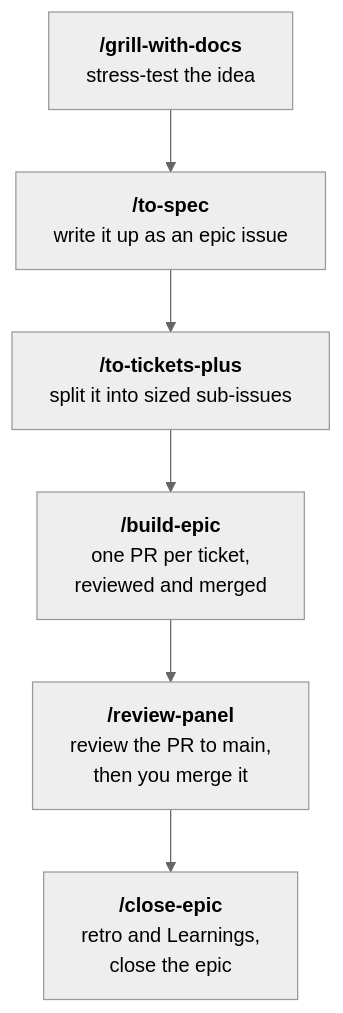
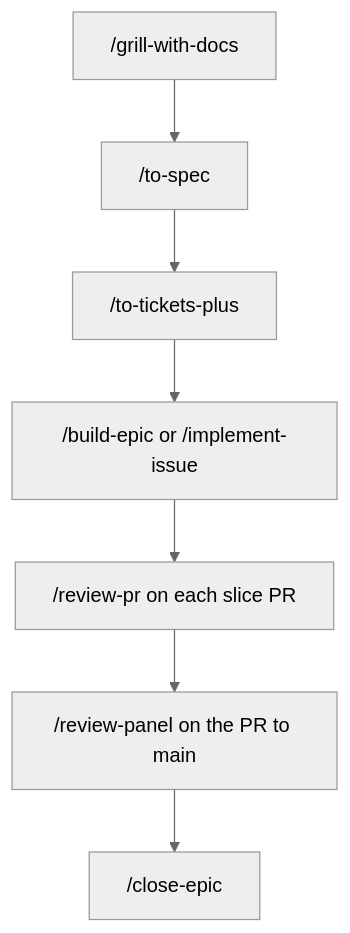
The diagram in README.md (syn54x/skills), drawn with Mermaid (neutral theme) before and after one commit. The commit also changed other lines of this file, not shown here.

````diff
--- a/README.md
+++ b/README.md
@@ -86,20 +76,9 @@
 ```mermaid
 flowchart TD
-    grill["`**/grill-with-docs**
-stress-test the idea`"]
-    spec["`**/to-spec**
-write it up as an epic issue`"]
-    tickets["`**/to-tickets-plus**
-split it into sized sub-issues`"]
-    build["`**/build-epic**
-one PR per ticket,
-reviewed and merged`"]
-    ship["`**/review-panel**
-review the PR to main,
-then you merge it`"]
-    close["`**/close-epic**
-retro and Learnings,
-close the epic`"]
-
-    grill --> spec --> tickets --> build --> ship --> close
+  grill["/grill-with-docs"] --> spec["/to-spec"]
+  spec --> tickets["/to-tickets-plus"]
+  tickets --> work["/build-epic or /implement-issue"]
+  work --> review["/review-pr on each slice PR"]
+  review --> panel["/review-panel on the PR to main"]
+  panel --> close["/close-epic"]
 ```
````
